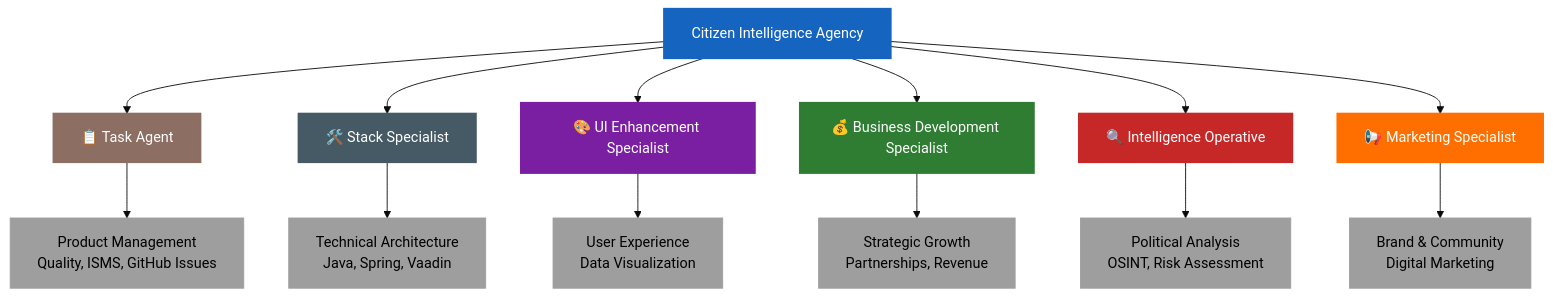
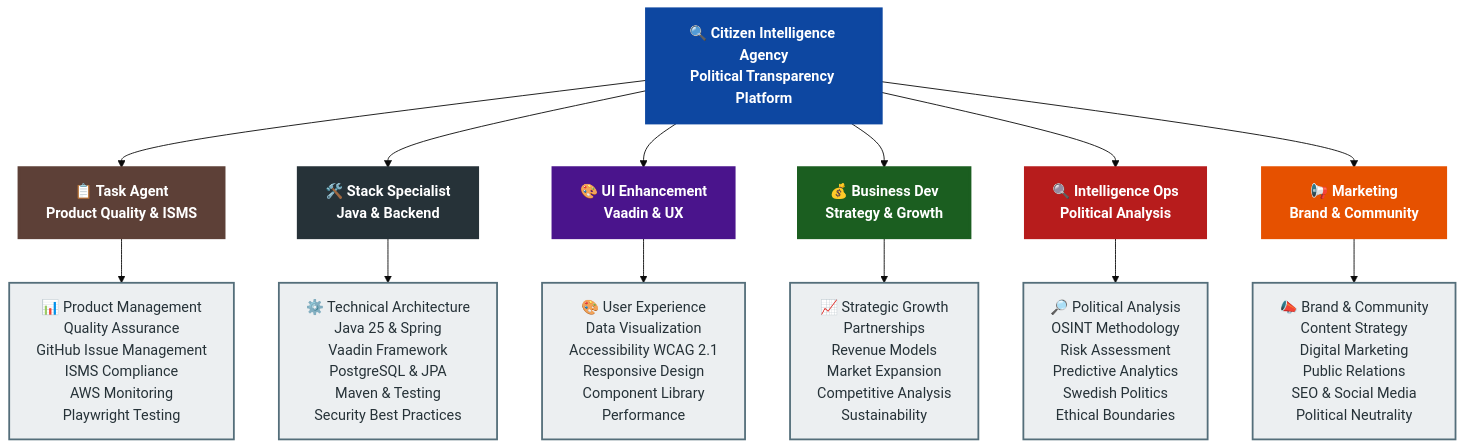
The first of 2 diagrams in .github/agents/README.md (Hack23/cia), drawn with Mermaid (base theme) before and after one commit. The commit also changed other lines of this file and 7 other files, not shown here.

````diff
--- a/.github/agents/README.md
+++ b/.github/agents/README.md
@@ -11,32 +13,36 @@
 ```mermaid
 graph TB
-    CIA[Citizen Intelligence Agency]
+    CIA[🔍 Citizen Intelligence Agency<br/>Political Transparency Platform]
     
-    CIA --> Task[📋 Task Agent]
-    CIA --> Stack[🛠️ Stack Specialist]
-    CIA --> UI[🎨 UI Enhancement Specialist]
-    CIA --> Biz[💰 Business Development Specialist]
-    CIA --> Intel[🔍 Intelligence Operative]
-    CIA --> Market[📢 Marketing Specialist]
+    CIA --> Task[📋 Task Agent<br/>Product Quality & ISMS]
+    CIA --> Stack[🛠️ Stack Specialist<br/>Java & Backend]
+    CIA --> UI[🎨 UI Enhancement<br/>Vaadin & UX]
+    CIA --> Biz[💰 Business Dev<br/>Strategy & Growth]
+    CIA --> Intel[🔍 Intelligence Ops<br/>Political Analysis]
+    CIA --> Market[📢 Marketing<br/>Brand & Community]
     
-    Task --> PM[Product Management<br/>Quality, ISMS, GitHub Issues]
-    Stack --> Tech[Technical Architecture<br/>Java, Spring, Vaadin]
-    UI --> UX[User Experience<br/>Data Visualization]
-    Biz --> Growth[Strategic Growth<br/>Partnerships, Revenue]
-    Intel --> Analysis[Political Analysis<br/>OSINT, Risk Assessment]
-    Market --> Brand[Brand & Community<br/>Digital Marketing]
+    Task --> PM[📊 Product Management<br/>Quality Assurance<br/>GitHub Issue Management<br/>ISMS Compliance<br/>AWS Monitoring<br/>Playwright Testing]
+    Stack --> Tech[⚙️ Technical Architecture<br/>Java 25 & Spring<br/>Vaadin Framework<br/>PostgreSQL & JPA<br/>Maven & Testing<br/>Security Best Practices]
+    UI --> UX[🎨 User Experience<br/>Data Visualization<br/>Accessibility WCAG 2.1<br/>Responsive Design<br/>Component Library<br/>Performance]
+    Biz --> Growth[📈 Strategic Growth<br/>Partnerships<br/>Revenue Models<br/>Market Expansion<br/>Competitive Analysis<br/>Sustainability]
+    Intel --> Analysis[🔎 Political Analysis<br/>OSINT Methodology<br/>Risk Assessment<br/>Predictive Analytics<br/>Swedish Politics<br/>Ethical Boundaries]
+    Market --> Brand[📣 Brand & Community<br/>Content Strategy<br/>Digital Marketing<br/>Public Relations<br/>SEO & Social Media<br/>Political Neutrality]
     
-    style CIA fill:#1565C0,stroke:#1565C0,stroke-width:3px,color:#fff
-    style Task fill:#8D6E63,stroke:#8D6E63,stroke-width:2px,color:#fff
-    style Stack fill:#455A64,stroke:#455A64,stroke-width:2px,color:#fff
-    style UI fill:#7B1FA2,stroke:#7B1FA2,stroke-width:2px,color:#fff
-    style Biz fill:#2E7D32,stroke:#2E7D32,stroke-width:2px,color:#fff
-    style Intel fill:#C62828,stroke:#C62828,stroke-width:2px,color:#fff
-    style Market fill:#FF6F00,stroke:#FF6F00,stroke-width:2px,color:#fff
-    style PM fill:#9E9E9E,stroke:#9E9E9E,stroke-width:1px,color:#000
-    style Tech fill:#9E9E9E,stroke:#9E9E9E,stroke-width:1px,color:#000
-    style UX fill:#9E9E9E,stroke:#9E9E9E,stroke-width:1px,color:#000
-    style Growth fill:#9E9E9E,stroke:#9E9E9E,stroke-width:1px,color:#000
-    style Analysis fill:#9E9E9E,stroke:#9E9E9E,stroke-width:1px,color:#000
-    style Brand fill:#9E9E9E,stroke:#9E9E9E,stroke-width:1px,color:#000
+    classDef projectNode fill:#0D47A1,stroke:#0D47A1,stroke-width:4px,color:#fff,font-weight:bold
+    classDef taskNode fill:#5D4037,stroke:#5D4037,stroke-width:3px,color:#fff,font-weight:bold
+    classDef stackNode fill:#263238,stroke:#263238,stroke-width:3px,color:#fff,font-weight:bold
+    classDef uiNode fill:#4A148C,stroke:#4A148C,stroke-width:3px,color:#fff,font-weight:bold
+    classDef bizNode fill:#1B5E20,stroke:#1B5E20,stroke-width:3px,color:#fff,font-weight:bold
+    classDef intelNode fill:#B71C1C,stroke:#B71C1C,stroke-width:3px,color:#fff,font-weight:bold
+    classDef marketNode fill:#E65100,stroke:#E65100,stroke-width:3px,color:#fff,font-weight:bold
+    classDef detailNode fill:#ECEFF1,stroke:#546E7A,stroke-width:2px,color:#263238
+    
+    class CIA projectNode
+    class Task taskNode
+    class Stack stackNode
+    class UI uiNode
+    class Biz bizNode
+    class Intel intelNode
+    class Market marketNode
+    class PM,Tech,UX,Growth,Analysis,Brand detailNode
 ```
````
